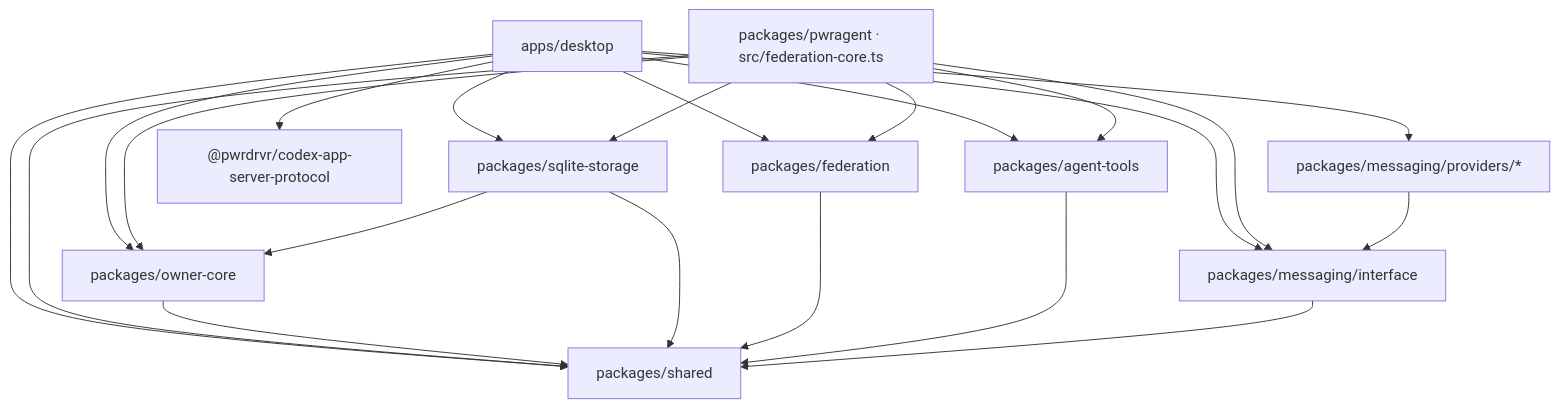
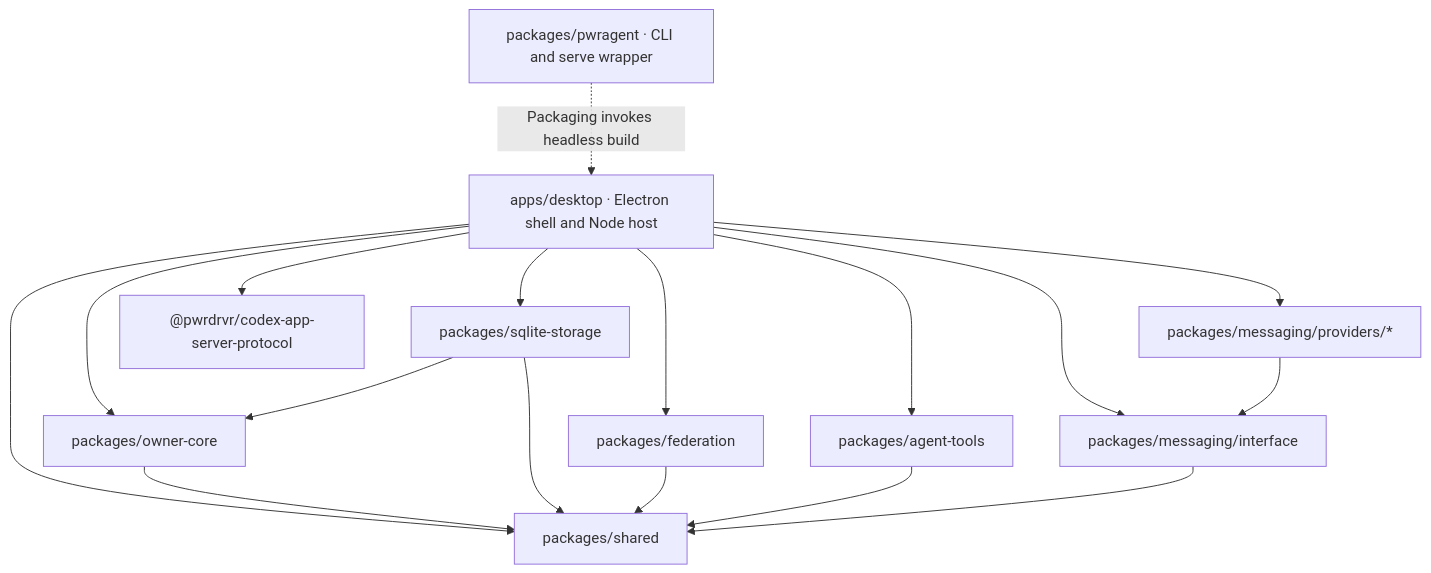
The fifth of 5 diagrams in ARCHITECTURE.md (pwrdrvr/PwrAgent), drawn with Mermaid before and after one commit. The commit also changed other lines of this file and 4 other files, not shown here.

Commit message:
docs(docs): describe the shared Node owner

````diff
--- a/ARCHITECTURE.md
+++ b/ARCHITECTURE.md
@@ -1160,34 +1122,29 @@
 ```mermaid
 graph TB
-    DesktopApp["apps/desktop"]
-    Outpost["packages/pwragent · src/federation-core.ts"]
+    DesktopApp["apps/desktop · Electron shell and Node host"]
+    Outpost["packages/pwragent · CLI and serve wrapper"]
     OwnerCore["packages/owner-core"]
     SqliteStorage["packages/sqlite-storage"]
     Federation["packages/federation"]
     AgentTools["packages/agent-tools"]
     MsgProviders["packages/messaging/providers/*"]
     MsgInterface["packages/messaging/interface"]
     Shared["packages/shared"]
 
     DesktopApp --> MsgProviders
     DesktopApp --> MsgInterface
     DesktopApp --> Shared
     DesktopApp --> Federation
     DesktopApp --> AgentTools
     DesktopApp --> OwnerCore
     DesktopApp --> SqliteStorage
     DesktopApp --> CodexProto["@pwrdrvr/codex-app-server-protocol"]
-    Outpost --> Federation
-    Outpost --> AgentTools
-    Outpost --> Shared
-    Outpost --> MsgInterface
-    Outpost --> OwnerCore
-    Outpost --> SqliteStorage
+    Outpost -.->|Packaging invokes headless build| DesktopApp
     OwnerCore --> Shared
     SqliteStorage --> Shared
     SqliteStorage --> OwnerCore
     Federation --> Shared
     AgentTools --> Shared
     MsgProviders --> MsgInterface
     MsgInterface --> Shared
 ```
````
